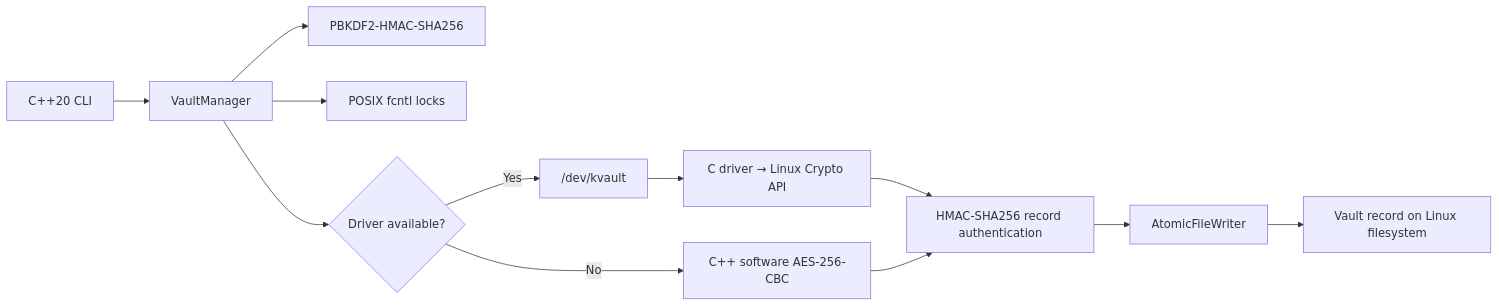
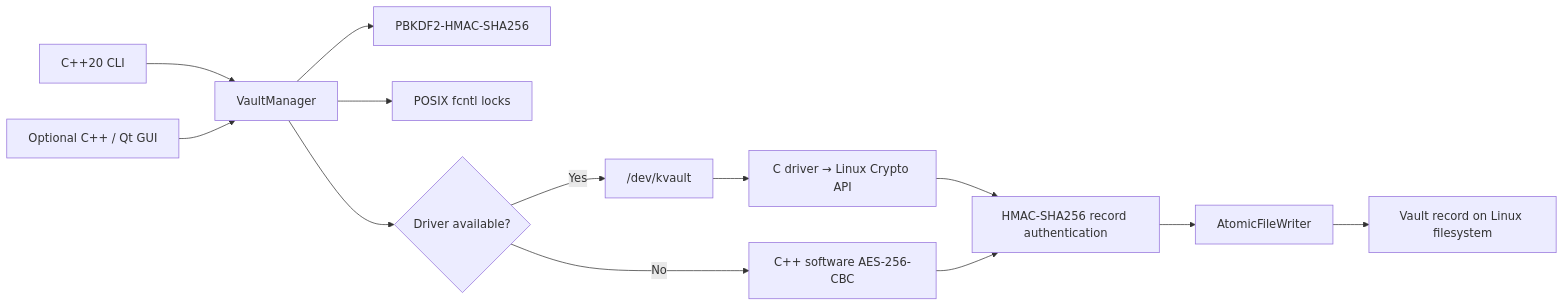
Before and after one commit to XYZ-coderr/KernelVault: the diagram in docs/ARCHITECTURE.md, drawn with Mermaid. The commit also changed other lines of this file and 8 other files, not shown here.

````diff
--- a/docs/ARCHITECTURE.md
+++ b/docs/ARCHITECTURE.md
@@ -7,14 +7,15 @@
 ```mermaid
 flowchart LR
     CLI["C++20 CLI"] --> VM["VaultManager"]
+    GUI["Optional C++ / Qt GUI"] --> VM
     VM --> KDF["PBKDF2-HMAC-SHA256"]
     VM --> LOCK["POSIX fcntl locks"]
     VM --> CRYPTO{"Driver available?"}
     CRYPTO -->|Yes| DEV["/dev/kvault"]
     DEV --> KAPI["C driver → Linux Crypto API"]
     CRYPTO -->|No| SW["C++ software AES-256-CBC"]
     KAPI --> AUTH["HMAC-SHA256 record authentication"]
     SW --> AUTH
     AUTH --> ATOMIC["AtomicFileWriter"]
     ATOMIC --> DISK["Vault record on Linux filesystem"]
 ```
````
